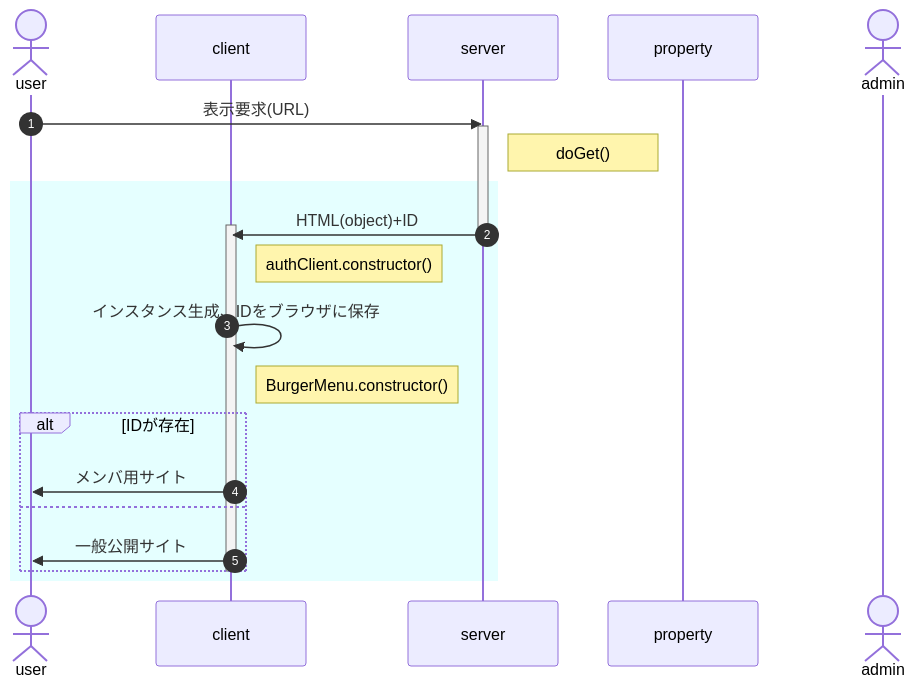
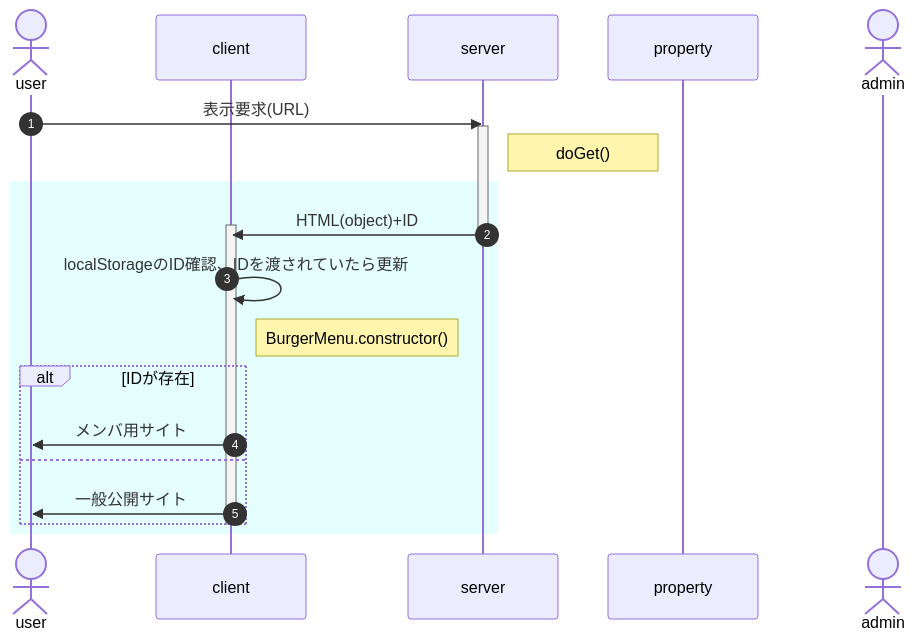
Before and after one commit to nakaone/library: the diagram in Auth/2.0.0/doc/onload.md, drawn with Mermaid. The commit also changed other lines of this file and 7 other files, not shown here.

````diff
--- a/Auth/2.0.0/doc/onload.md
+++ b/Auth/2.0.0/doc/onload.md
@@ -3,27 +3,26 @@
 ```mermaid
 sequenceDiagram
   autonumber
   actor user
   participant client
   participant server
   participant property
   actor admin
 
   user ->> server : 表示要求(URL)
   activate server
   Note right of server : doGet()
   rect rgba(0, 255, 255, 0.1)
     server ->> client : HTML(object)+ID
     activate client
     deactivate server
-    Note right of client : authClient.constructor()
-    client ->> client : インスタンス生成、IDをブラウザに保存
+    client ->> client : localStorageのID確認、IDを渡されていたら更新
     Note right of client : BurgerMenu.constructor()
     alt IDが存在
       client ->> user : メンバ用サイト
     else
       client ->> user : 一般公開サイト
     end
     deactivate client
   end
 ```
````
